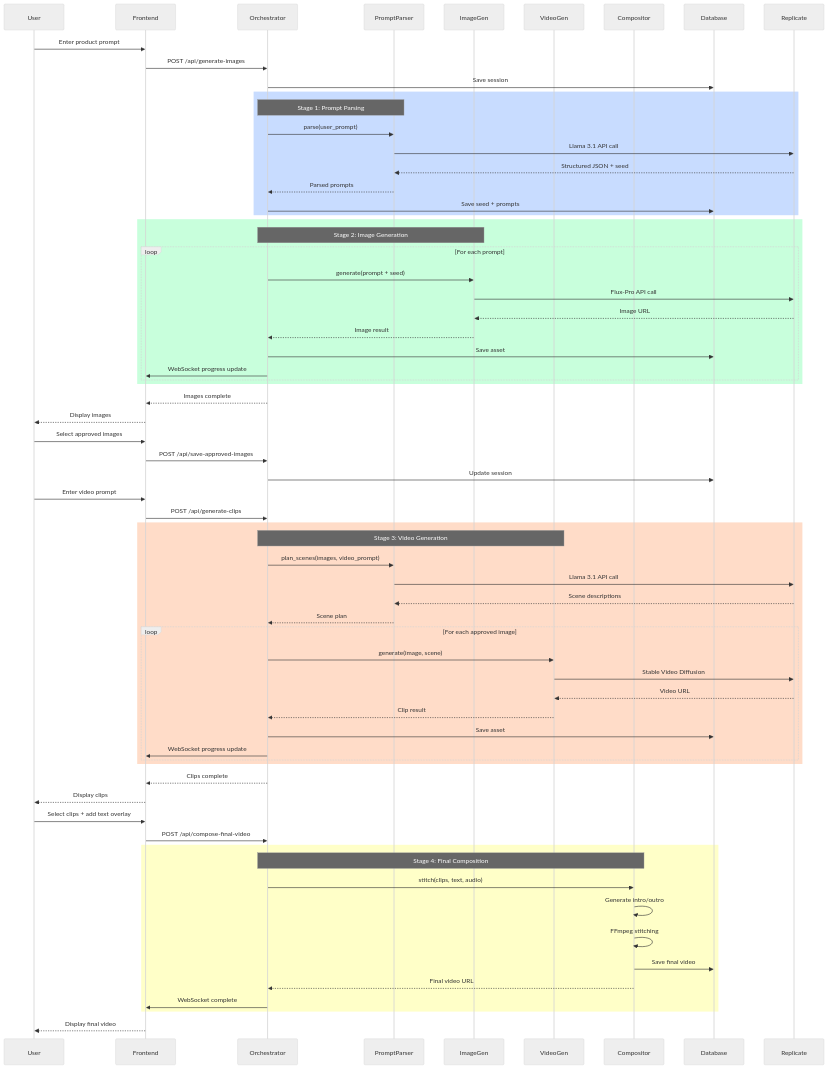
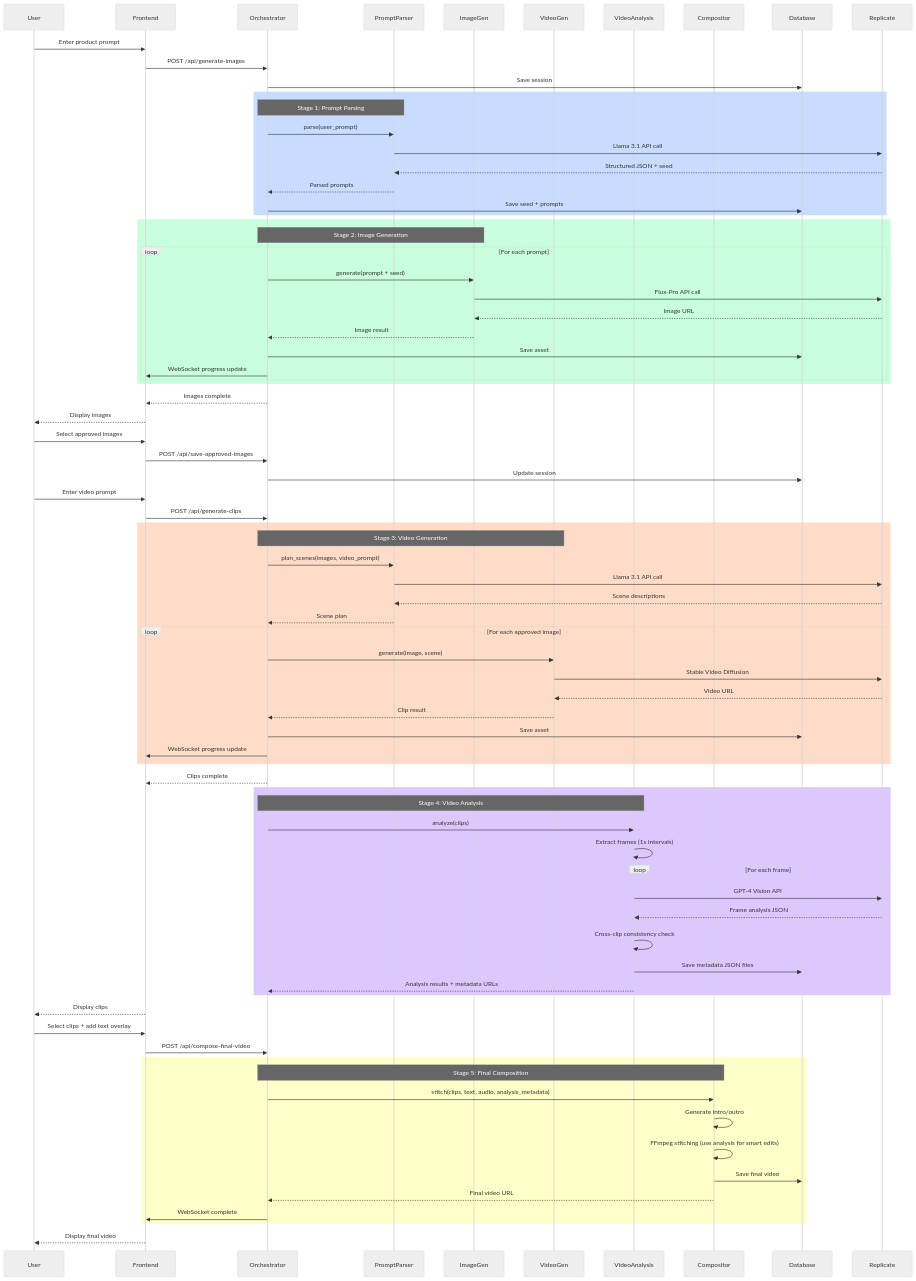
Before and after one commit to e-roy/ed-tech-pipeline: the second of 15 diagrams in Architecture/MVParchitecture.md, drawn with Mermaid (neutral theme). The commit also changed other lines of this file and 4 other files, not shown here.

Commit message:
update @MVP_PRD.md  and also the pipline.md and mvparchitecture.md,  to include a 5th agent that will view the clips second by second and generate a json file of each clip to keep context of what is being generate to ble able to keep track and edit the videos to keep them together

```diff
--- a/Architecture/MVParchitecture.md
+++ b/Architecture/MVParchitecture.md
@@ -91,6 +93,7 @@
     participant PromptParser
     participant ImageGen
     participant VideoGen
+    participant VideoAnalysis
     participant Compositor
     participant Database
     participant Replicate
@@ -148,16 +151,30 @@
     end
 
     Orchestrator-->>Frontend: Clips complete
+
+    rect rgb(220, 200, 255)
+        Note over Orchestrator,VideoAnalysis: Stage 4: Video Analysis
+        Orchestrator->>VideoAnalysis: analyze(clips)
+        VideoAnalysis->>VideoAnalysis: Extract frames (1s intervals)
+        loop For each frame
+            VideoAnalysis->>Replicate: GPT-4 Vision API
+            Replicate-->>VideoAnalysis: Frame analysis JSON
+        end
+        VideoAnalysis->>VideoAnalysis: Cross-clip consistency check
+        VideoAnalysis->>Database: Save metadata JSON files
+        VideoAnalysis-->>Orchestrator: Analysis results + metadata URLs
+    end
+
     Frontend-->>User: Display clips
 
     User->>Frontend: Select clips + add text overlay
     Frontend->>Orchestrator: POST /api/compose-final-video
 
     rect rgb(255, 255, 200)
-        Note over Orchestrator,Compositor: Stage 4: Final Composition
-        Orchestrator->>Compositor: stitch(clips, text, audio)
+        Note over Orchestrator,Compositor: Stage 5: Final Composition
+        Orchestrator->>Compositor: stitch(clips, text, audio, analysis_metadata)
         Compositor->>Compositor: Generate intro/outro
-        Compositor->>Compositor: FFmpeg stitching
+        Compositor->>Compositor: FFmpeg stitching (use analysis for smart edits)
         Compositor->>Database: Save final video
         Compositor-->>Orchestrator: Final video URL
         Orchestrator->>Frontend: WebSocket complete
```
